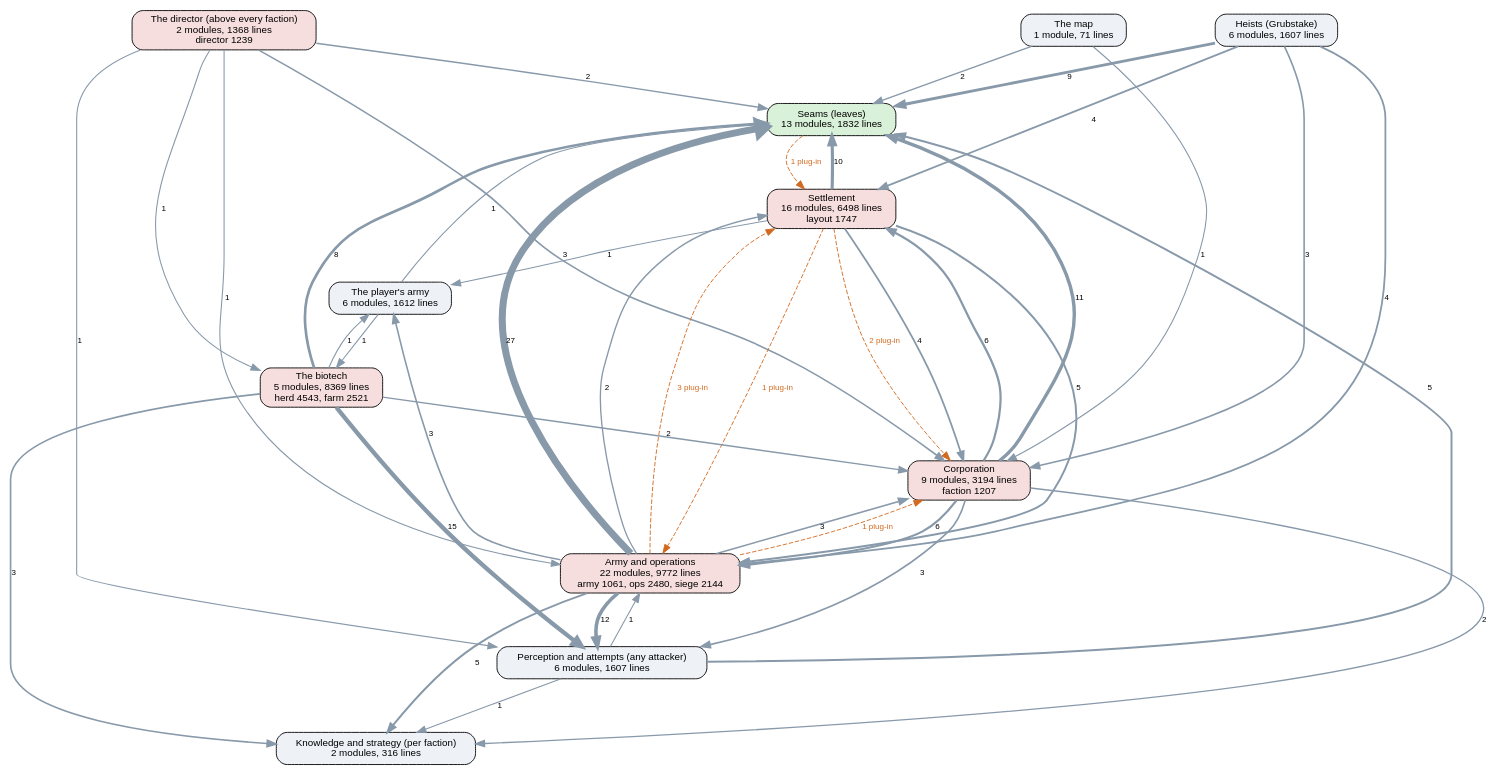
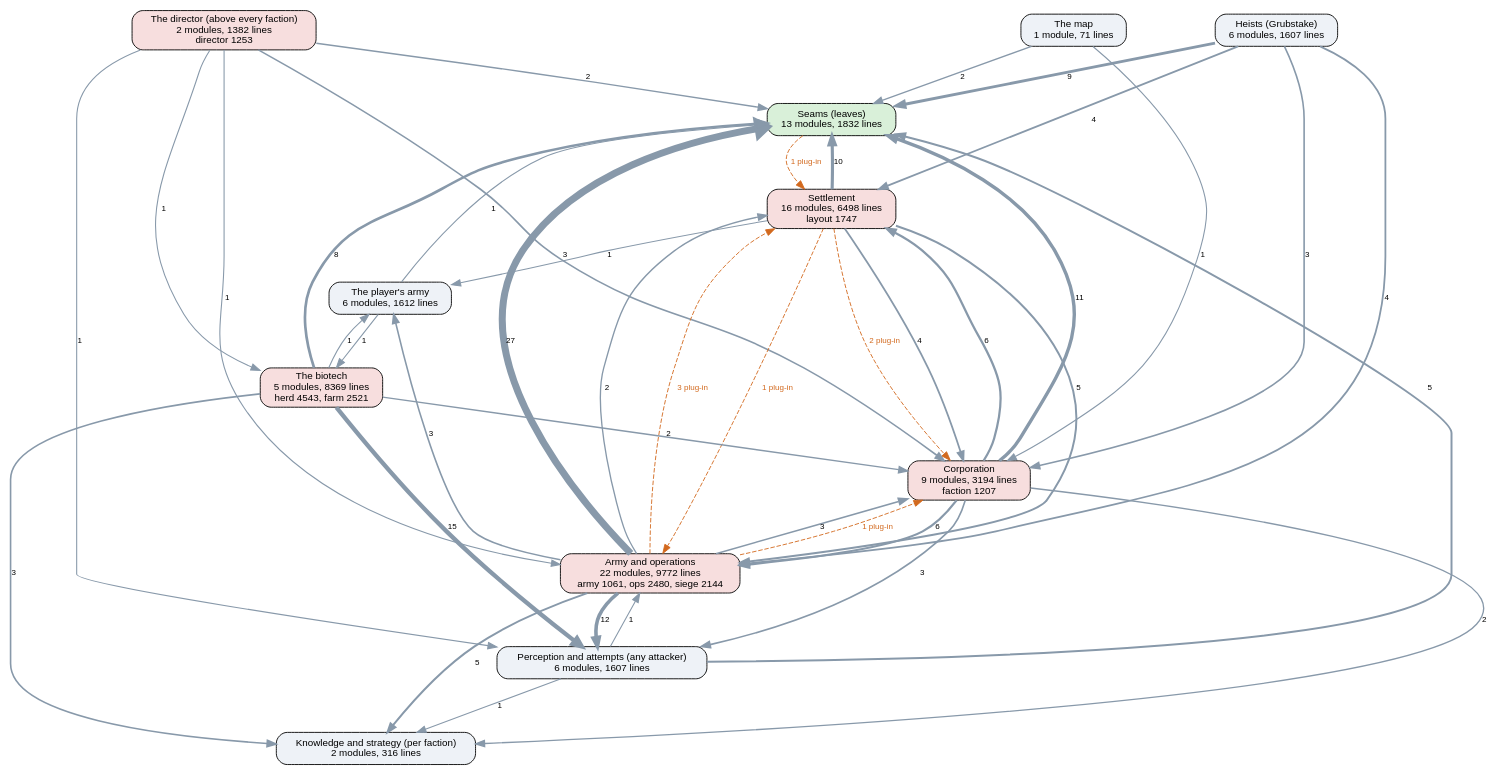
Before and after one commit to kinelhu/landing-party: the diagram in docs/ai-layers.dot, drawn with Graphviz. The commit also changed 13 other files, not shown here.

```diff
--- a/docs/ai-layers.dot
+++ b/docs/ai-layers.dot
@@ -1,57 +1,57 @@
 digraph layers {
   graph [rankdir=TB, fontname="Helvetica", nodesep=0.5, ranksep=0.7];
   node [shape=box, style="rounded,filled", fontname="Helvetica", fontsize=11, fillcolor="#eef2f7"];
   edge [color="#8899aa", fontname="Helvetica", fontsize=9];
   "Seams (leaves)" [label="Seams (leaves)\n13 modules, 1832 lines", fillcolor="#d9f0d9"];
   "Perception and attempts (any attacker)" [label="Perception and attempts (any attacker)\n6 modules, 1607 lines", fillcolor="#eef2f7"];
   "Knowledge and strategy (per faction)" [label="Knowledge and strategy (per faction)\n2 modules, 316 lines", fillcolor="#eef2f7"];
-  "The director (above every faction)" [label="The director (above every faction)\n2 modules, 1368 lines\ndirector 1239", fillcolor="#f7dede"];
+  "The director (above every faction)" [label="The director (above every faction)\n2 modules, 1382 lines\ndirector 1253", fillcolor="#f7dede"];
   "Corporation" [label="Corporation\n9 modules, 3194 lines\nfaction 1207", fillcolor="#f7dede"];
   "Settlement" [label="Settlement\n16 modules, 6498 lines\nlayout 1747", fillcolor="#f7dede"];
   "Army and operations" [label="Army and operations\n22 modules, 9772 lines\narmy 1061, ops 2480, siege 2144", fillcolor="#f7dede"];
   "Heists (Grubstake)" [label="Heists (Grubstake)\n6 modules, 1607 lines", fillcolor="#eef2f7"];
   "The biotech" [label="The biotech\n5 modules, 8369 lines\nherd 4543, farm 2521", fillcolor="#f7dede"];
   "The map" [label="The map\n1 module, 71 lines", fillcolor="#eef2f7"];
   "The player's army" [label="The player's army\n6 modules, 1612 lines", fillcolor="#eef2f7"];
   "Army and operations" -> "Corporation" [label="3", penwidth=1.8];
   "Army and operations" -> "Knowledge and strategy (per faction)" [label="5", penwidth=2.2];
   "Army and operations" -> "Perception and attempts (any attacker)" [label="12", penwidth=4.0];
   "Army and operations" -> "Seams (leaves)" [label="27", penwidth=7.8];
   "Army and operations" -> "Settlement" [label="2", penwidth=1.5];
   "Army and operations" -> "The player's army" [label="3", penwidth=1.8];
   "Corporation" -> "Army and operations" [label="6", penwidth=2.5];
   "Corporation" -> "Knowledge and strategy (per faction)" [label="2", penwidth=1.5];
   "Corporation" -> "Perception and attempts (any attacker)" [label="3", penwidth=1.8];
   "Corporation" -> "Seams (leaves)" [label="11", penwidth=3.8];
   "Corporation" -> "Settlement" [label="6", penwidth=2.5];
   "Heists (Grubstake)" -> "Army and operations" [label="4", penwidth=2.0];
   "Heists (Grubstake)" -> "Corporation" [label="3", penwidth=1.8];
   "Heists (Grubstake)" -> "Seams (leaves)" [label="9", penwidth=3.2];
   "Heists (Grubstake)" -> "Settlement" [label="4", penwidth=2.0];
   "Perception and attempts (any attacker)" -> "Army and operations" [label="1", penwidth=1.2];
   "Perception and attempts (any attacker)" -> "Knowledge and strategy (per faction)" [label="1", penwidth=1.2];
   "Perception and attempts (any attacker)" -> "Seams (leaves)" [label="5", penwidth=2.2];
   "Settlement" -> "Army and operations" [label="5", penwidth=2.2];
   "Settlement" -> "Corporation" [label="4", penwidth=2.0];
   "Settlement" -> "Seams (leaves)" [label="10", penwidth=3.5];
   "Settlement" -> "The player's army" [label="1", penwidth=1.2];
   "The biotech" -> "Corporation" [label="2", penwidth=1.5];
   "The biotech" -> "Knowledge and strategy (per faction)" [label="3", penwidth=1.8];
   "The biotech" -> "Perception and attempts (any attacker)" [label="15", penwidth=4.8];
   "The biotech" -> "Seams (leaves)" [label="8", penwidth=3.0];
   "The biotech" -> "The player's army" [label="1", penwidth=1.2];
   "The director (above every faction)" -> "Army and operations" [label="1", penwidth=1.2];
   "The director (above every faction)" -> "Corporation" [label="3", penwidth=1.8];
   "The director (above every faction)" -> "Perception and attempts (any attacker)" [label="1", penwidth=1.2];
   "The director (above every faction)" -> "Seams (leaves)" [label="2", penwidth=1.5];
   "The director (above every faction)" -> "The biotech" [label="1", penwidth=1.2];
   "The map" -> "Corporation" [label="1", penwidth=1.2];
   "The map" -> "Seams (leaves)" [label="2", penwidth=1.5];
   "The player's army" -> "Seams (leaves)" [label="1", penwidth=1.2];
   "The player's army" -> "The biotech" [label="1", penwidth=1.2];
   "Army and operations" -> "Corporation" [style=dashed, color="#d2691e", fontcolor="#d2691e", label="1 plug-in"];
   "Army and operations" -> "Settlement" [style=dashed, color="#d2691e", fontcolor="#d2691e", label="3 plug-in"];
   "Seams (leaves)" -> "Settlement" [style=dashed, color="#d2691e", fontcolor="#d2691e", label="1 plug-in"];
   "Settlement" -> "Army and operations" [style=dashed, color="#d2691e", fontcolor="#d2691e", label="1 plug-in"];
   "Settlement" -> "Corporation" [style=dashed, color="#d2691e", fontcolor="#d2691e", label="2 plug-in"];
 }
```
